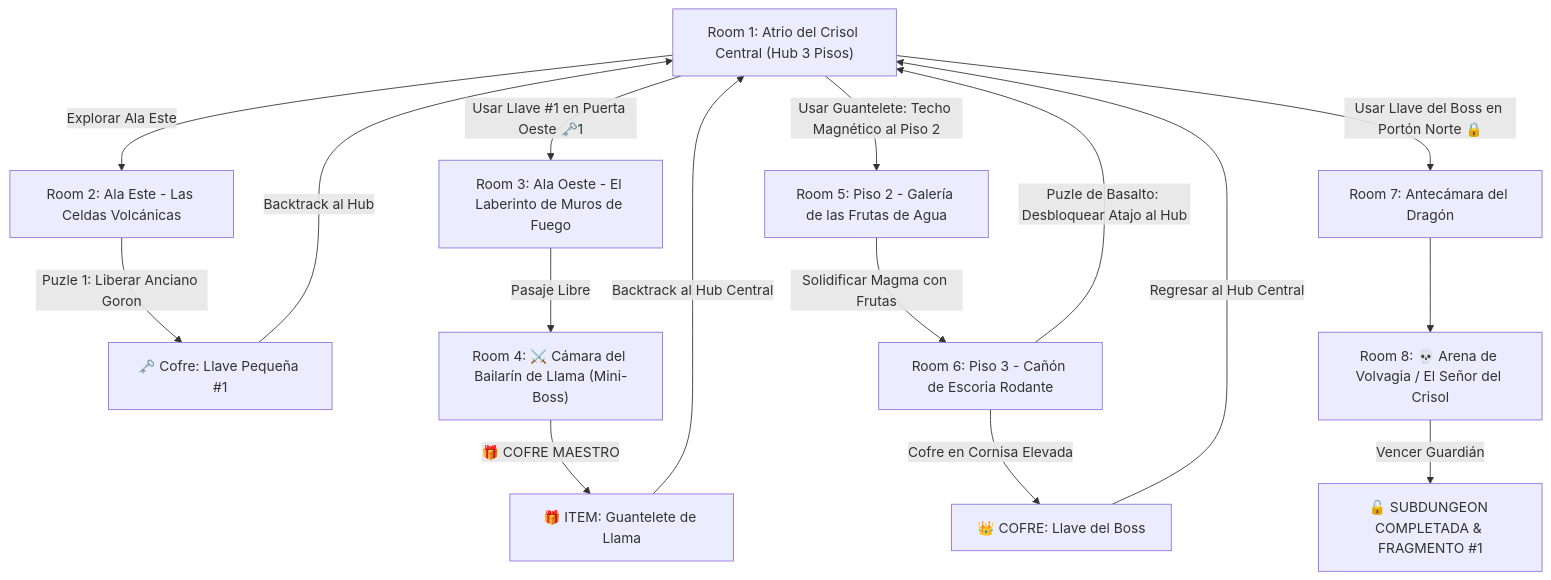
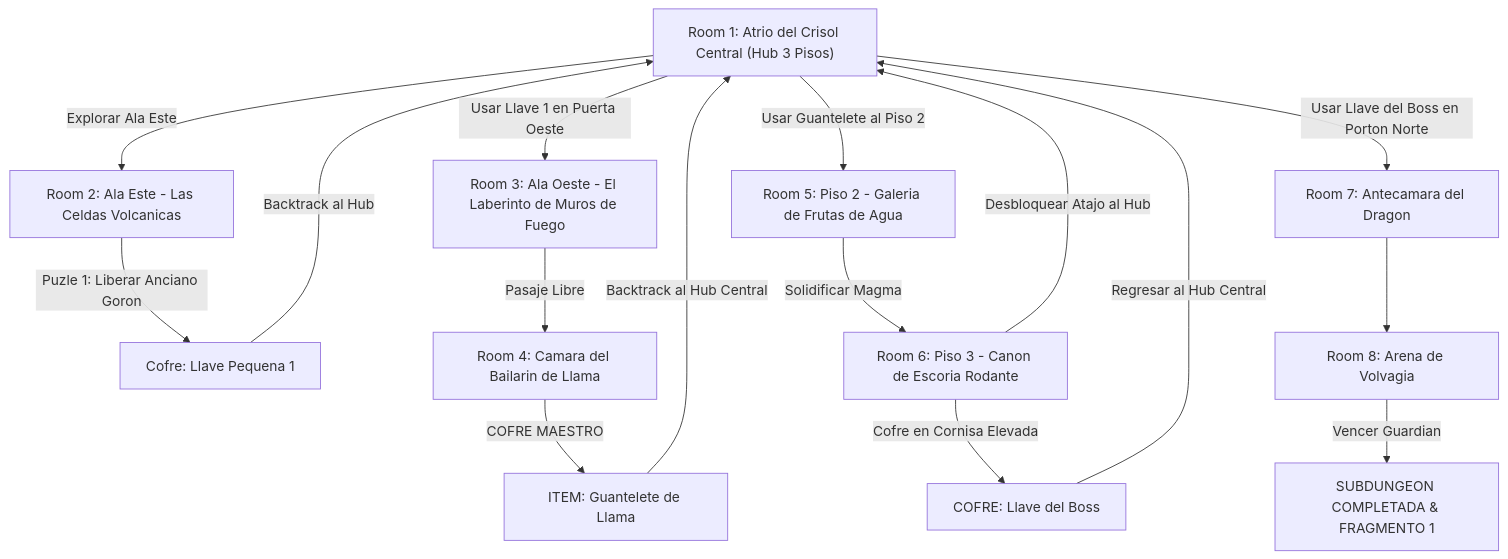
One commit to linkmati/ShivathLyss changed the diagram in 7 - DM/OneShots/ARepeat/Subdungeons/01_Subdungeon_Fuego_Caldera.md. Above: the diagram before and after it, drawn with Mermaid. The commit also changed 15 other files, not shown here.

Commit message:
Fix Mermaid diagram syntax for all Subdungeons in Obsidian

````diff
--- a/7 - DM/OneShots/ARepeat/Subdungeons/01_Subdungeon_Fuego_Caldera.md
+++ b/7 - DM/OneShots/ARepeat/Subdungeons/01_Subdungeon_Fuego_Caldera.md
@@ -14,21 +14,21 @@
 ```mermaid
 graph TD
-    S1["Room 1: Atrio del Crisol Central (Hub 3 Pisos)"] -->|Explorar Ala Este| S2["Room 2: Ala Este - Las Celdas Volcánicas"]
-    S2 -->|Puzle 1: Liberar Anciano Goron| S2_Key["🗝️ Cofre: Llave Pequeña #1"]
+    S1["Room 1: Atrio del Crisol Central (Hub 3 Pisos)"] -->|Explorar Ala Este| S2["Room 2: Ala Este - Las Celdas Volcanicas"]
+    S2 -->|Puzle 1: Liberar Anciano Goron| S2_Key["Cofre: Llave Pequena 1"]
     S2_Key -->|Backtrack al Hub| S1
     
-    S1 -->|Usar Llave #1 en Puerta Oeste 🗝️1| S3["Room 3: Ala Oeste - El Laberinto de Muros de Fuego"]
-    S3 -->|Pasaje Libre| S4["Room 4: ⚔️ Cámara del Bailarín de Llama (Mini-Boss)"]
-    S4 -->|🎁 COFRE MAESTRO| Item["🎁 ITEM: Guantelete de Llama"]
+    S1 -->|Usar Llave 1 en Puerta Oeste| S3["Room 3: Ala Oeste - El Laberinto de Muros de Fuego"]
+    S3 -->|Pasaje Libre| S4["Room 4: Camara del Bailarin de Llama"]
+    S4 -->|COFRE MAESTRO| Item["ITEM: Guantelete de Llama"]
     
     Item -->|Backtrack al Hub Central| S1
-    S1 -->|Usar Guantelete: Techo Magnético al Piso 2| S5["Room 5: Piso 2 - Galería de las Frutas de Agua"]
-    S5 -->|Solidificar Magma con Frutas| S6["Room 6: Piso 3 - Cañón de Escoria Rodante"]
-    S6 -->|Puzle de Basalto: Desbloquear Atajo al Hub| S1
-    S6 -->|Cofre en Cornisa Elevada| BossKey["👑 COFRE: Llave del Boss"]
+    S1 -->|Usar Guantelete al Piso 2| S5["Room 5: Piso 2 - Galeria de Frutas de Agua"]
+    S5 -->|Solidificar Magma| S6["Room 6: Piso 3 - Canon de Escoria Rodante"]
+    S6 -->|Desbloquear Atajo al Hub| S1
+    S6 -->|Cofre en Cornisa Elevada| BossKey["COFRE: Llave del Boss"]
     
     BossKey -->|Regresar al Hub Central| S1
-    S1 -->|Usar Llave del Boss en Portón Norte 🔒| S7["Room 7: Antecámara del Dragón"]
-    S7 --> S8["Room 8: 💀 Arena de Volvagia / El Señor del Crisol"]
-    S8 -->|Vencer Guardián| Win["🔓 SUBDUNGEON COMPLETADA & FRAGMENTO #1"]
+    S1 -->|Usar Llave del Boss en Porton Norte| S7["Room 7: Antecamara del Dragon"]
+    S7 --> S8["Room 8: Arena de Volvagia"]
+    S8 -->|Vencer Guardian| Win["SUBDUNGEON COMPLETADA & FRAGMENTO 1"]
 ```
````
